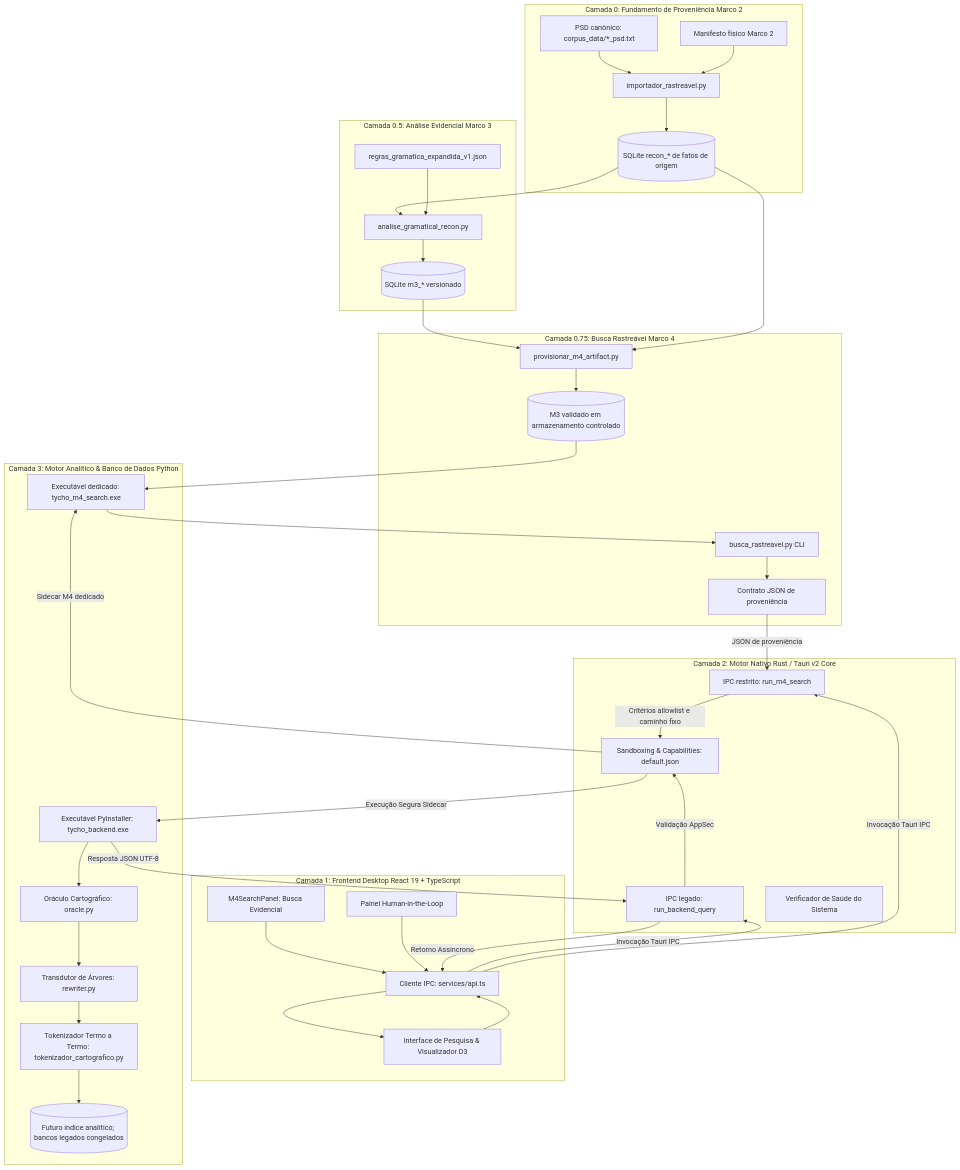
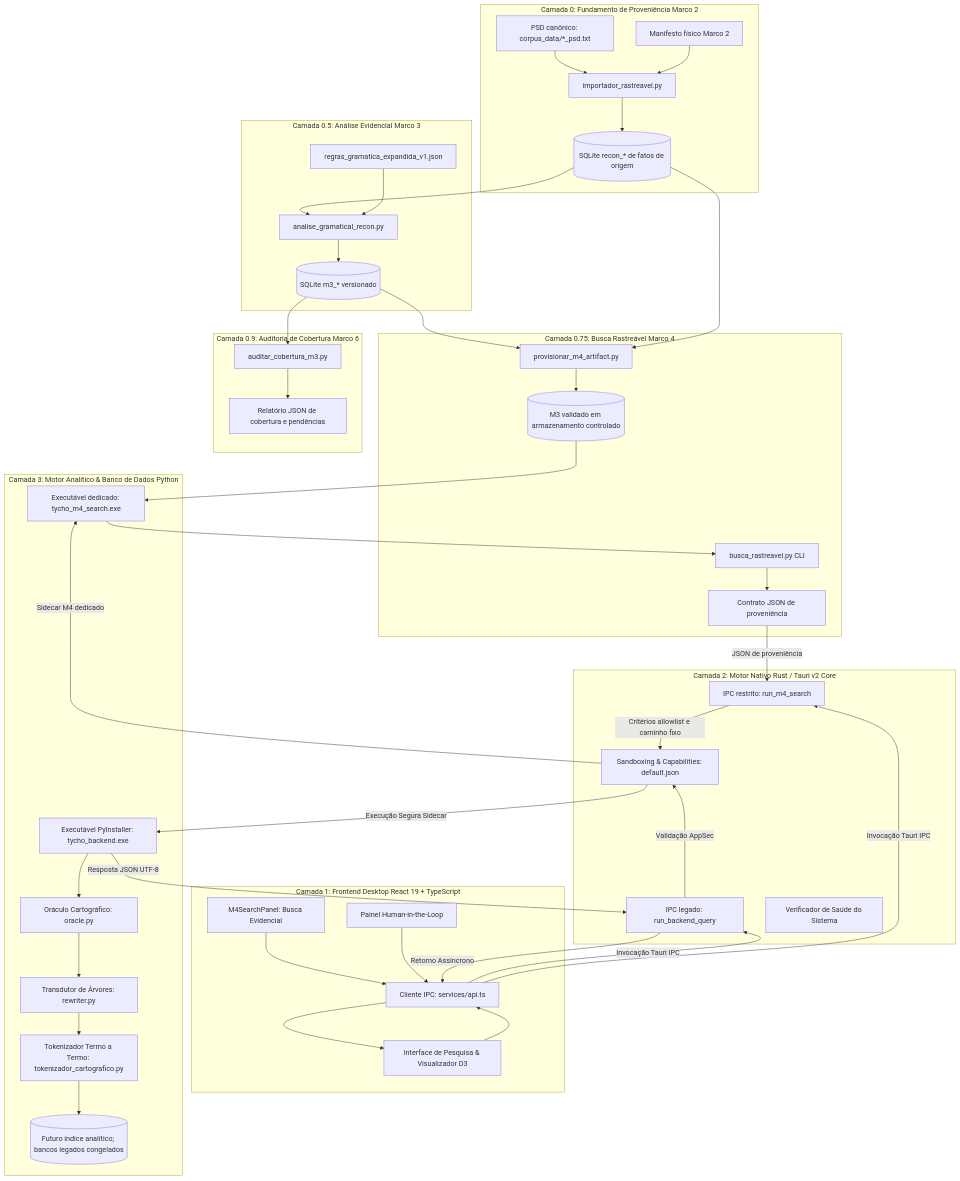
The diagram in docs/ARQUITETURA_DO_SISTEMA.md (blightghp/tycho-brahe-corpus-search), drawn with Mermaid before and after one commit. The commit also changed other lines of this file and 7 other files, not shown here.

Commit message:
feat(audit): report M3 coverage and review backlog

````diff
--- a/docs/ARQUITETURA_DO_SISTEMA.md
+++ b/docs/ARQUITETURA_DO_SISTEMA.md
@@ -21,75 +21,82 @@
 ```mermaid
 graph TD
     subgraph DataFoundation [Camada 0: Fundamento de Proveniência Marco 2]
         PSD[PSD canônico: corpus_data/*_psd.txt]
         Manifest[Manifesto físico Marco 2]
         Importer[importador_rastreavel.py]
         Recon[(SQLite recon_* de fatos de origem)]
     end
 
     subgraph EvidenceLayer [Camada 0.5: Análise Evidencial Marco 3]
         Rules[regras_gramatica_expandida_v1.json]
         Analyzer[analise_gramatical_recon.py]
         M3[(SQLite m3_* versionado)]
     end
 
     subgraph SearchLayer [Camada 0.75: Busca Rastreável Marco 4]
         M4Search[busca_rastreavel.py CLI]
         M4Contract[Contrato JSON de proveniência]
         M4Provisioner[provisionar_m4_artifact.py]
         M3Controlled[(M3 validado em armazenamento controlado)]
+    end
+
+    subgraph AuditLayer [Camada 0.9: Auditoria de Cobertura Marco 6]
+        M6Audit[auditar_cobertura_m3.py]
+        CurationReport[Relatório JSON de cobertura e pendências]
     end
 
     subgraph Frontend [Camada 1: Frontend Desktop React 19 + TypeScript]
         UI[Interface de Pesquisa & Visualizador D3]
         M4Panel[M4SearchPanel: Busca Evidencial]
         HitL[Painel Human-in-the-Loop]
         API[Cliente IPC: services/api.ts]
     end
 
     subgraph RustCore [Camada 2: Motor Nativo Rust / Tauri v2 Core]
         Handler[IPC legado: run_backend_query]
         M4Handler[IPC restrito: run_m4_search]
         Health[Verificador de Saúde do Sistema]
         Sandbox[Sandboxing & Capabilities: default.json]
     end
 
     subgraph PythonBackend [Camada 3: Motor Analítico & Banco de Dados Python]
         Sidecar[Executável PyInstaller: tycho_backend.exe]
         M4Sidecar[Executável dedicado: tycho_m4_search.exe]
         Oracle[Oráculo Cartográfico: oracle.py]
         Rewriter[Transdutor de Árvores: rewriter.py]
         Tokenizer[Tokenizador Termo a Termo: tokenizador_cartografico.py]
         DB[(Futuro índice analítico; bancos legados congelados)]
     end
 
     PSD --> Importer
     Manifest --> Importer
     Importer --> Recon
     Recon --> Analyzer
     Rules --> Analyzer
     Analyzer --> M3
     M3 --> M4Provisioner
+    M3 --> M6Audit
+    M6Audit --> CurationReport
     Recon --> M4Provisioner
     M4Provisioner --> M3Controlled
     M3Controlled --> M4Sidecar
     M4Sidecar --> M4Search
     M4Search --> M4Contract
     UI --> API
     M4Panel --> API
     HitL --> API
     API -- Invocação Tauri IPC --> Handler
     API -- Invocação Tauri IPC --> M4Handler
     Handler -- Validação AppSec --> Sandbox
     M4Handler -- Critérios allowlist e caminho fixo --> Sandbox
     Sandbox -- Execução Segura Sidecar --> Sidecar
     Sandbox -- Sidecar M4 dedicado --> M4Sidecar
     Sidecar --> Oracle
     Oracle --> Rewriter
     Rewriter --> Tokenizer
     Tokenizer --> DB
     M4Contract -- JSON de proveniência --> M4Handler
     Sidecar -- Resposta JSON UTF-8 --> Handler
     Handler -- Retorno Assíncrono --> API
     API --> UI
 ```
````
